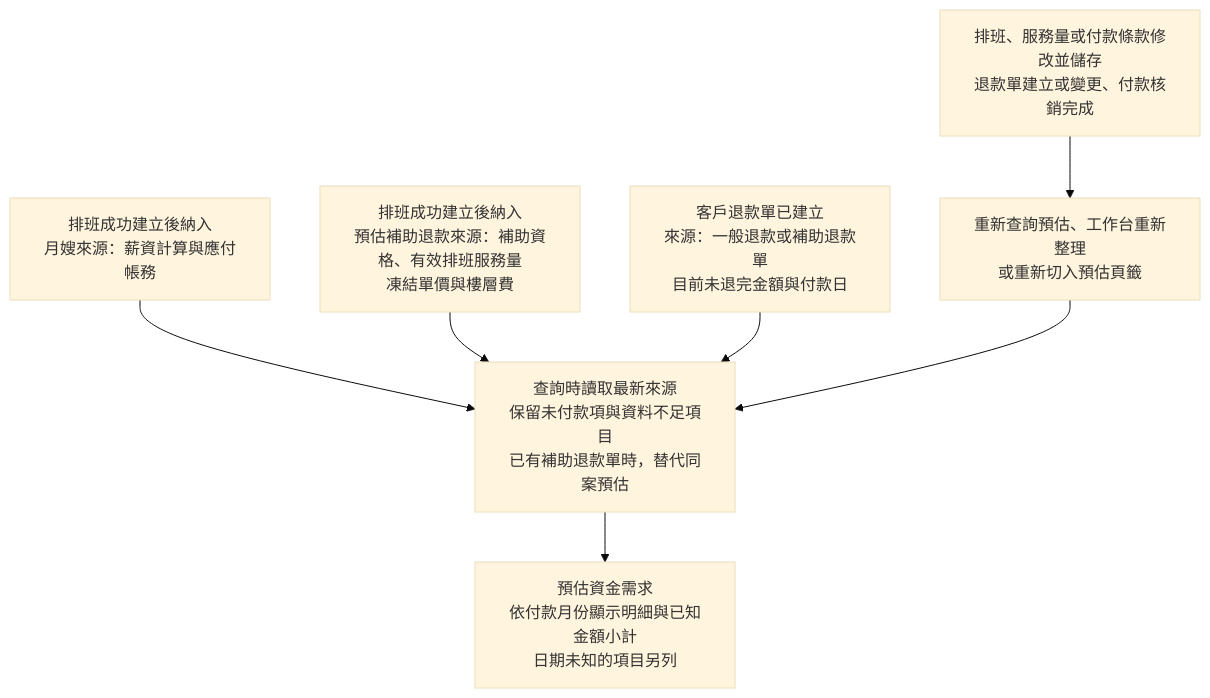
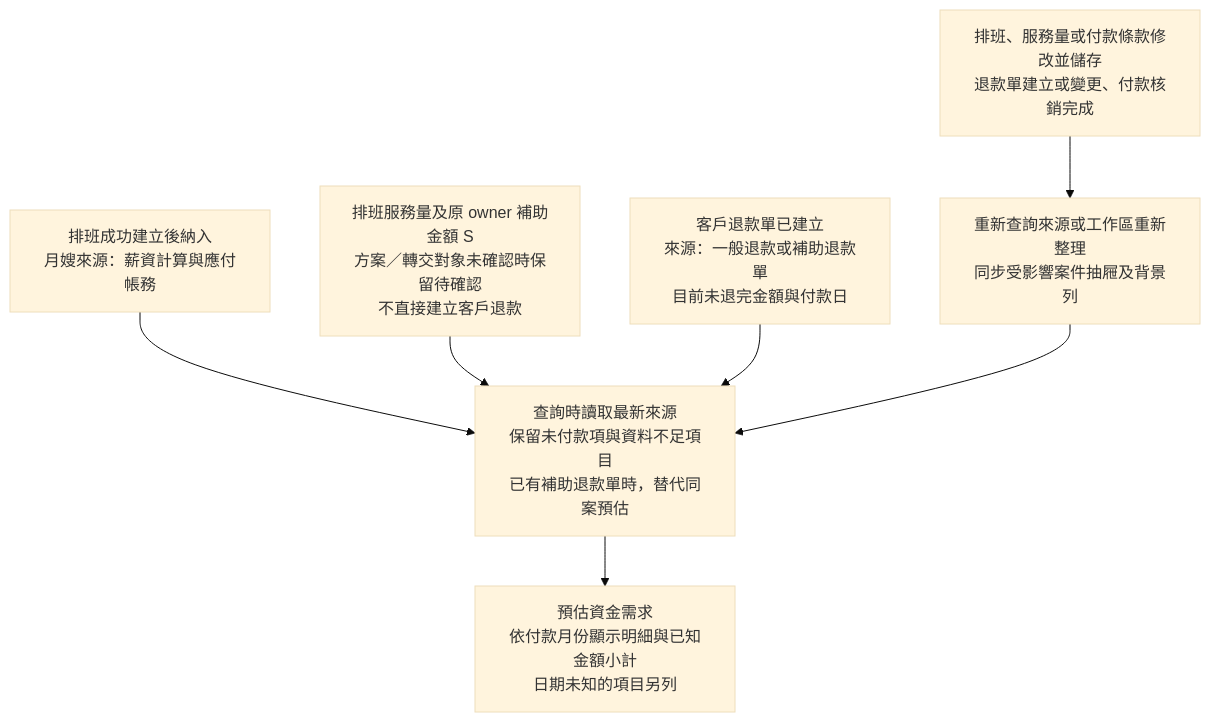
Before and after one commit to chrishzc/Labor_union: the first of 2 diagrams in document/架構重整/01_規格基線/16_Staff_Payables與Client_Refund正式規格.md, drawn with Mermaid (base theme). The commit also changed other lines of this file and 151 other files, not shown here.

````diff
--- a/document/架構重整/01_規格基線/16_Staff_Payables與Client_Refund正式規格.md
+++ b/document/架構重整/01_規格基線/16_Staff_Payables與Client_Refund正式規格.md
@@ -314,14 +320,14 @@
 ```mermaid
 flowchart TD
     A["排班成功建立後納入<br/>月嫂來源：薪資計算與應付帳務"]
-    B["排班成功建立後納入<br/>預估補助退款來源：補助資格、有效排班服務量<br/>凍結單價與樓層費"]
+    B["排班服務量及原 owner 補助金額 S<br/>方案／轉交對象未確認時保留待確認<br/>不直接建立客戶退款"]
     C["客戶退款單已建立<br/>來源：一般退款或補助退款單<br/>目前未退完金額與付款日"]
     A --> Q
     B --> Q
     C --> Q
     Q["查詢時讀取最新來源<br/>保留未付款項與資料不足項目<br/>已有補助退款單時，替代同案預估"]
     Q --> R["預估資金需求<br/>依付款月份顯示明細與已知金額小計<br/>日期未知的項目另列"]
     M["排班、服務量或付款條款修改並儲存<br/>退款單建立或變更、付款核銷完成"]
-    M --> U["重新查詢預估、工作台重新整理<br/>或重新切入預估頁籤"]
+    M --> U["重新查詢來源或工作區重新整理<br/>同步受影響案件抽屜及背景列"]
     U --> Q
 ```
````
